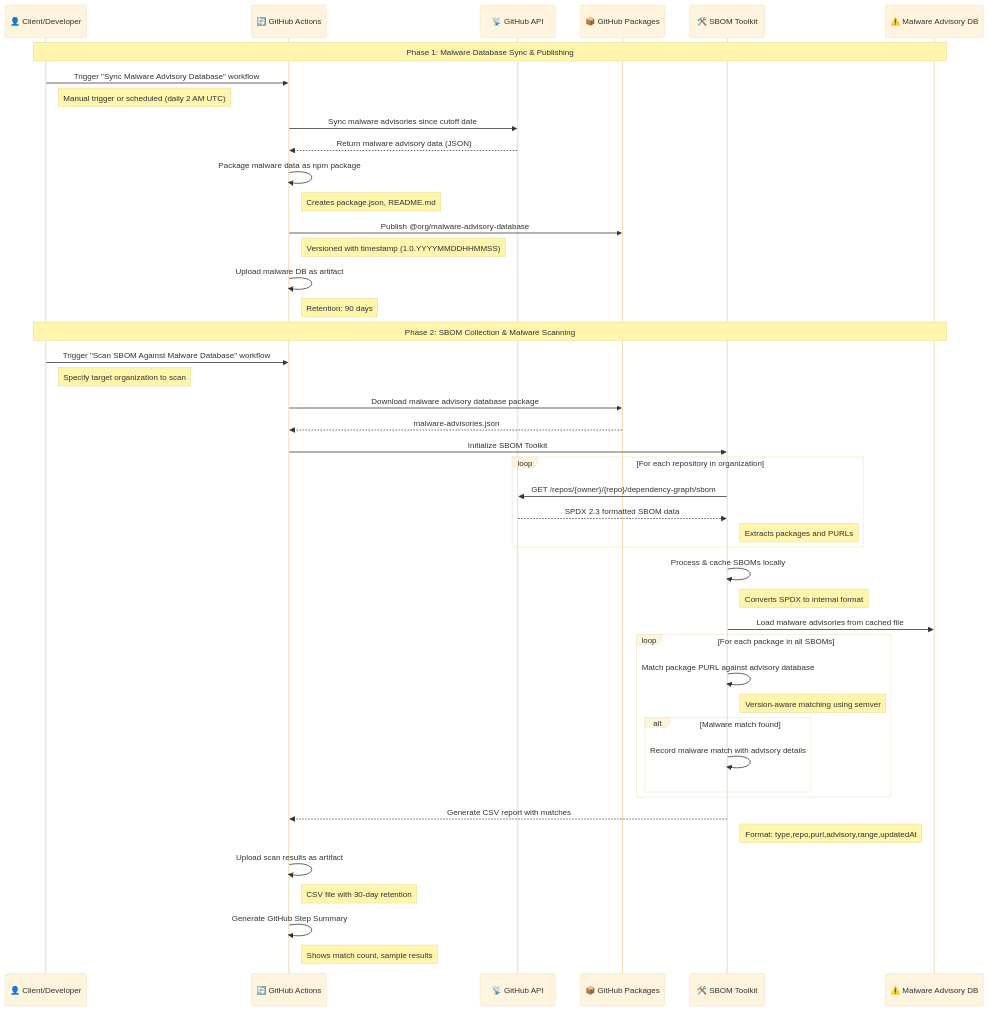
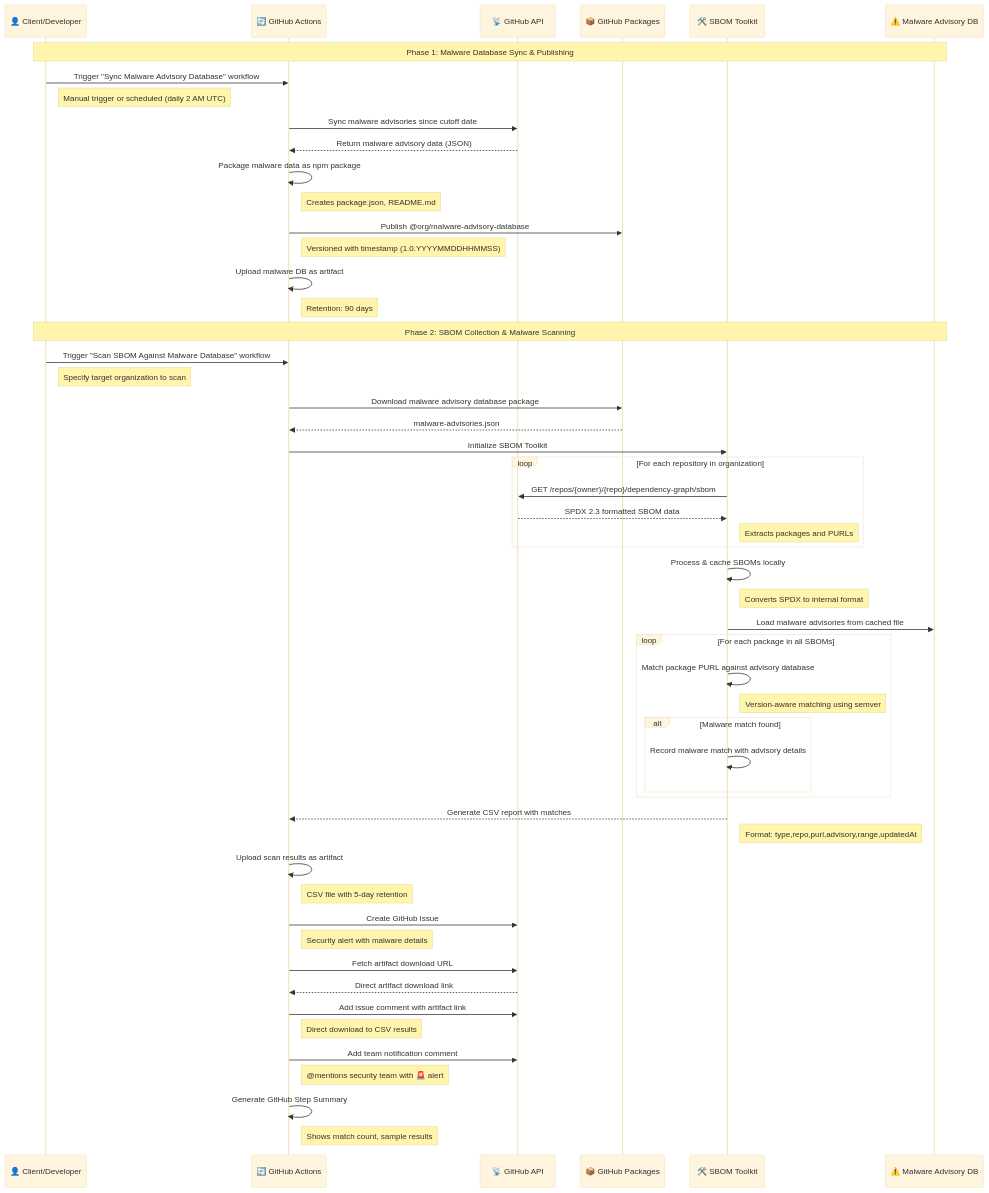
One commit to InfoMGHAS-KR-Exercises/github-sbom-toolkit changed the first of 2 diagrams in malware_detection.md. Above: the diagram before and after it, drawn with Mermaid (base theme). The commit also changed other lines of this file and 1 other file, not shown here.

Commit message:
Update artifact retention period to 30 days and adjust documentation for GitHub issue creation process

````diff
--- a/malware_detection.md
+++ b/malware_detection.md
@@ -9,67 +9,79 @@
 ```mermaid
 sequenceDiagram
     participant Client as 👤 Client/Developer
     participant GHA as 🔄 GitHub Actions
     participant GHAPI as 📡 GitHub API
     participant Registry as 📦 GitHub Packages
     participant Toolkit as 🛠️ SBOM Toolkit
     participant Advisory as ⚠️ Malware Advisory DB
 
     %% Phase 1: Malware Database Sync & Publishing
     Note over Client,Advisory: Phase 1: Malware Database Sync & Publishing
 
     Client->>GHA: Trigger "Sync Malware Advisory Database" workflow
     Note right of Client: Manual trigger or scheduled (daily 2 AM UTC)
     
     GHA->>GHAPI: Sync malware advisories since cutoff date
     GHAPI-->>GHA: Return malware advisory data (JSON)
     
     GHA->>GHA: Package malware data as npm package
     Note right of GHA: Creates package.json, README.md
     
     GHA->>Registry: Publish @org/malware-advisory-database
     Note right of GHA: Versioned with timestamp (1.0.YYYYMMDDHHMMSS)
     
     GHA->>GHA: Upload malware DB as artifact
     Note right of GHA: Retention: 90 days
 
     %% Phase 2: SBOM Collection & Scanning
     Note over Client,Advisory: Phase 2: SBOM Collection & Malware Scanning
 
     Client->>GHA: Trigger "Scan SBOM Against Malware Database" workflow
     Note right of Client: Specify target organization to scan
     
     GHA->>Registry: Download malware advisory database package
     Registry-->>GHA: malware-advisories.json
     
     GHA->>Toolkit: Initialize SBOM Toolkit
     
     loop For each repository in organization
         Toolkit->>GHAPI: GET /repos/{owner}/{repo}/dependency-graph/sbom
         GHAPI-->>Toolkit: SPDX 2.3 formatted SBOM data
         Note right of Toolkit: Extracts packages and PURLs
     end
     
     Toolkit->>Toolkit: Process & cache SBOMs locally
     Note right of Toolkit: Converts SPDX to internal format
     
     Toolkit->>Advisory: Load malware advisories from cached file
     
     loop For each package in all SBOMs
         Toolkit->>Toolkit: Match package PURL against advisory database
         Note right of Toolkit: Version-aware matching using semver
         alt Malware match found
             Toolkit->>Toolkit: Record malware match with advisory details
         end
     end
     
     Toolkit-->>GHA: Generate CSV report with matches
     Note right of Toolkit: Format: type,repo,purl,advisory,range,updatedAt
     
     GHA->>GHA: Upload scan results as artifact
-    Note right of GHA: CSV file with 30-day retention
+    Note right of GHA: CSV file with 5-day retention
+    
+    GHA->>GHAPI: Create GitHub Issue
+    Note right of GHA: Security alert with malware details
+    
+    GHA->>GHAPI: Fetch artifact download URL
+    GHAPI-->>GHA: Direct artifact download link
+    
+    GHA->>GHAPI: Add issue comment with artifact link
+    Note right of GHA: Direct download to CSV results
+    
+    GHA->>GHAPI: Add team notification comment
+    Note right of GHA: @mentions security team with 🚨 alert
     
     GHA->>GHA: Generate GitHub Step Summary
     Note right of GHA: Shows match count, sample results
 
 ```
````
